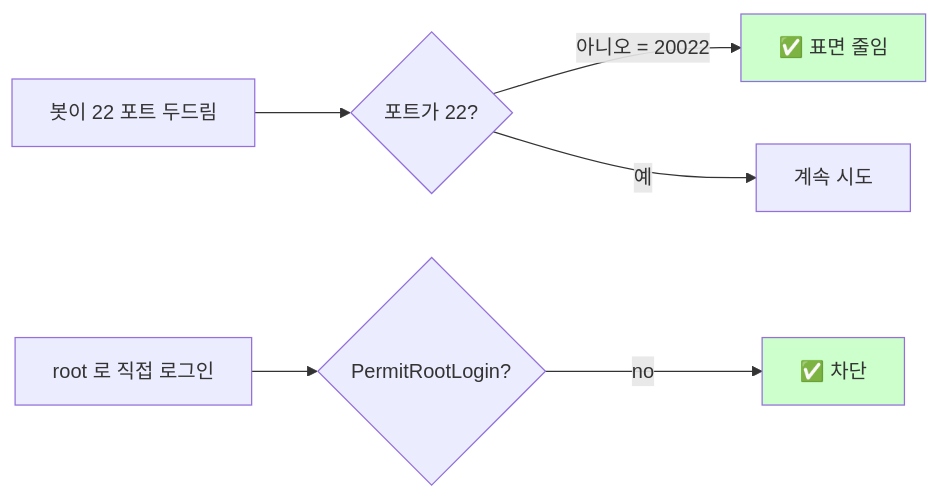
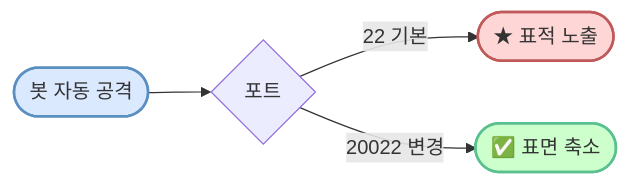
One commit to codewhite7777/codyssey_b1_1 changed the second of 8 diagrams in docs/spec-overview.md. Above: the diagram before and after it, drawn with Mermaid. The commit also changed other lines of this file, not shown here.

First line of the commit message:
docs(spec-overview): Mermaid 다이어그램 깔끔하게 다듬기

````diff
--- a/docs/spec-overview.md
+++ b/docs/spec-overview.md
@@ -56,11 +56,10 @@
 ```mermaid
 flowchart LR
-    A["봇이 22 포트 두드림"] --> B{포트가 22?}
-    B -->|아니오 = 20022| C["✅ 표면 줄임"]
-    B -->|예| D["계속 시도"]
-    E["root 로 직접 로그인"] --> F{PermitRootLogin?}
-    F -->|no| G["✅ 차단"]
+    A([봇 자동 공격]) --> B{포트}
+    B -->|22 기본| C([★ 표적 노출])
+    B -->|20022 변경| D([✅ 표면 축소])
 
-    style C fill:#ccffcc
-    style G fill:#ccffcc
+    style A fill:#dbe9ff,stroke:#5a8fc0,stroke-width:2px
+    style C fill:#ffd6d6,stroke:#c05a5a,stroke-width:2px
+    style D fill:#ccffcc,stroke:#5ac08f,stroke-width:2px
 ```
````
